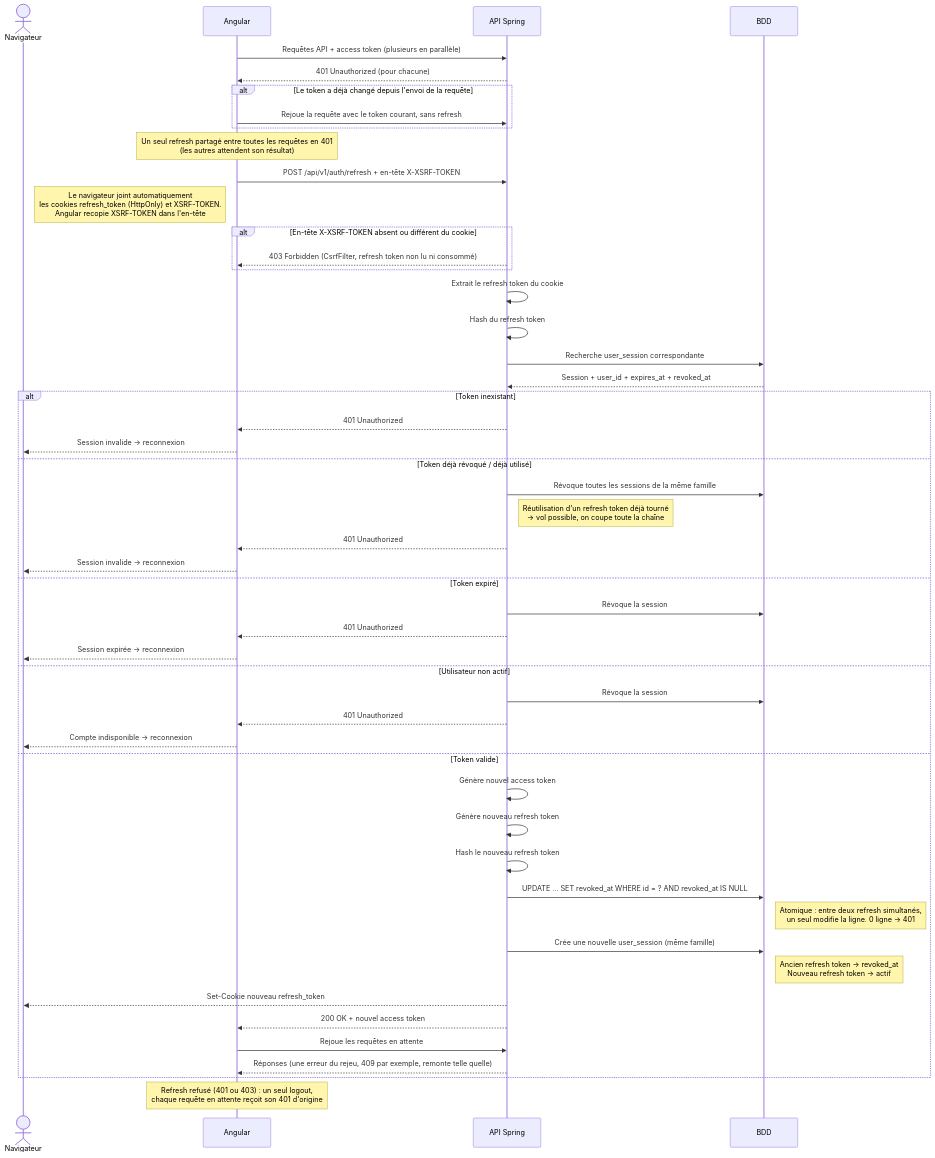
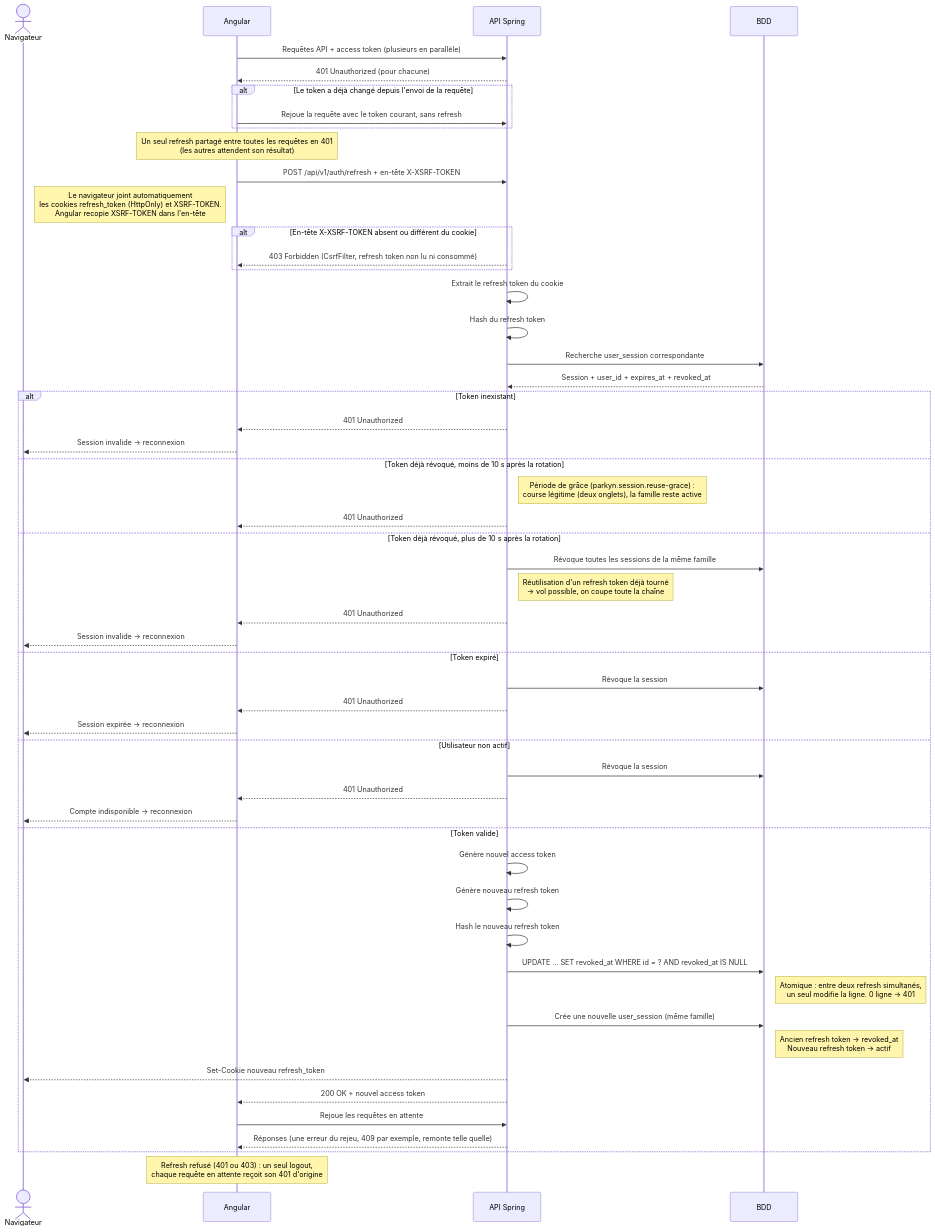
One commit to Franck1vlt/Parkyn changed the first of 2 diagrams in docs/diagrams/refresh.md. Above: the diagram before and after it, drawn with Mermaid. The commit also changed other lines of this file and 19 other files, not shown here.

````diff
--- a/docs/diagrams/refresh.md
+++ b/docs/diagrams/refresh.md
@@ -3,58 +3,61 @@
 ```mermaid
 sequenceDiagram
 actor Navigateur
 participant Angular
 participant API as API Spring
 participant BDD
 
     Angular->>API: Requêtes API + access token (plusieurs en parallèle)
     API-->>Angular: 401 Unauthorized (pour chacune)
     alt Le token a déjà changé depuis l'envoi de la requête
         Angular->>API: Rejoue la requête avec le token courant, sans refresh
     end
     Note over Angular: Un seul refresh partagé entre toutes les requêtes en 401<br/>(les autres attendent son résultat)
     Angular->>API: POST /api/v1/auth/refresh + en-tête X-XSRF-TOKEN
     Note right of Navigateur: Le navigateur joint automatiquement<br/>les cookies refresh_token (HttpOnly) et XSRF-TOKEN.<br/>Angular recopie XSRF-TOKEN dans l'en-tête
 
     alt En-tête X-XSRF-TOKEN absent ou différent du cookie
         API-->>Angular: 403 Forbidden (CsrfFilter, refresh token non lu ni consommé)
     end
 
     API->>API: Extrait le refresh token du cookie
     API->>API: Hash du refresh token
     API->>BDD: Recherche user_session correspondante
     BDD-->>API: Session + user_id + expires_at + revoked_at
 
     alt Token inexistant
         API-->>Angular: 401 Unauthorized
         Angular-->>Navigateur: Session invalide → reconnexion
-    else Token déjà révoqué / déjà utilisé
+    else Token déjà révoqué, moins de 10 s après la rotation
+        Note right of API: Période de grâce (parkyn.session.reuse-grace) :<br/>course légitime (deux onglets), la famille reste active
+        API-->>Angular: 401 Unauthorized
+    else Token déjà révoqué, plus de 10 s après la rotation
         API->>BDD: Révoque toutes les sessions de la même famille
         Note right of API: Réutilisation d'un refresh token déjà tourné<br/>→ vol possible, on coupe toute la chaîne
         API-->>Angular: 401 Unauthorized
         Angular-->>Navigateur: Session invalide → reconnexion
     else Token expiré
         API->>BDD: Révoque la session
         API-->>Angular: 401 Unauthorized
         Angular-->>Navigateur: Session expirée → reconnexion
     else Utilisateur non actif
         API->>BDD: Révoque la session
         API-->>Angular: 401 Unauthorized
         Angular-->>Navigateur: Compte indisponible → reconnexion
     else Token valide
         API->>API: Génère nouvel access token
         API->>API: Génère nouveau refresh token
         API->>API: Hash le nouveau refresh token
 
         API->>BDD: UPDATE … SET revoked_at WHERE id = ? AND revoked_at IS NULL
         Note right of BDD: Atomique : entre deux refresh simultanés,<br/>un seul modifie la ligne. 0 ligne → 401
         API->>BDD: Crée une nouvelle user_session (même famille)
         Note right of BDD: Ancien refresh token → revoked_at<br/>Nouveau refresh token → actif
 
         API-->>Navigateur: Set-Cookie nouveau refresh_token
         API-->>Angular: 200 OK + nouvel access token
         Angular->>API: Rejoue les requêtes en attente
         API-->>Angular: Réponses (une erreur du rejeu, 409 par exemple, remonte telle quelle)
     end
     Note over Angular: Refresh refusé (401 ou 403) : un seul logout,<br/>chaque requête en attente reçoit son 401 d'origine
 ```
````
